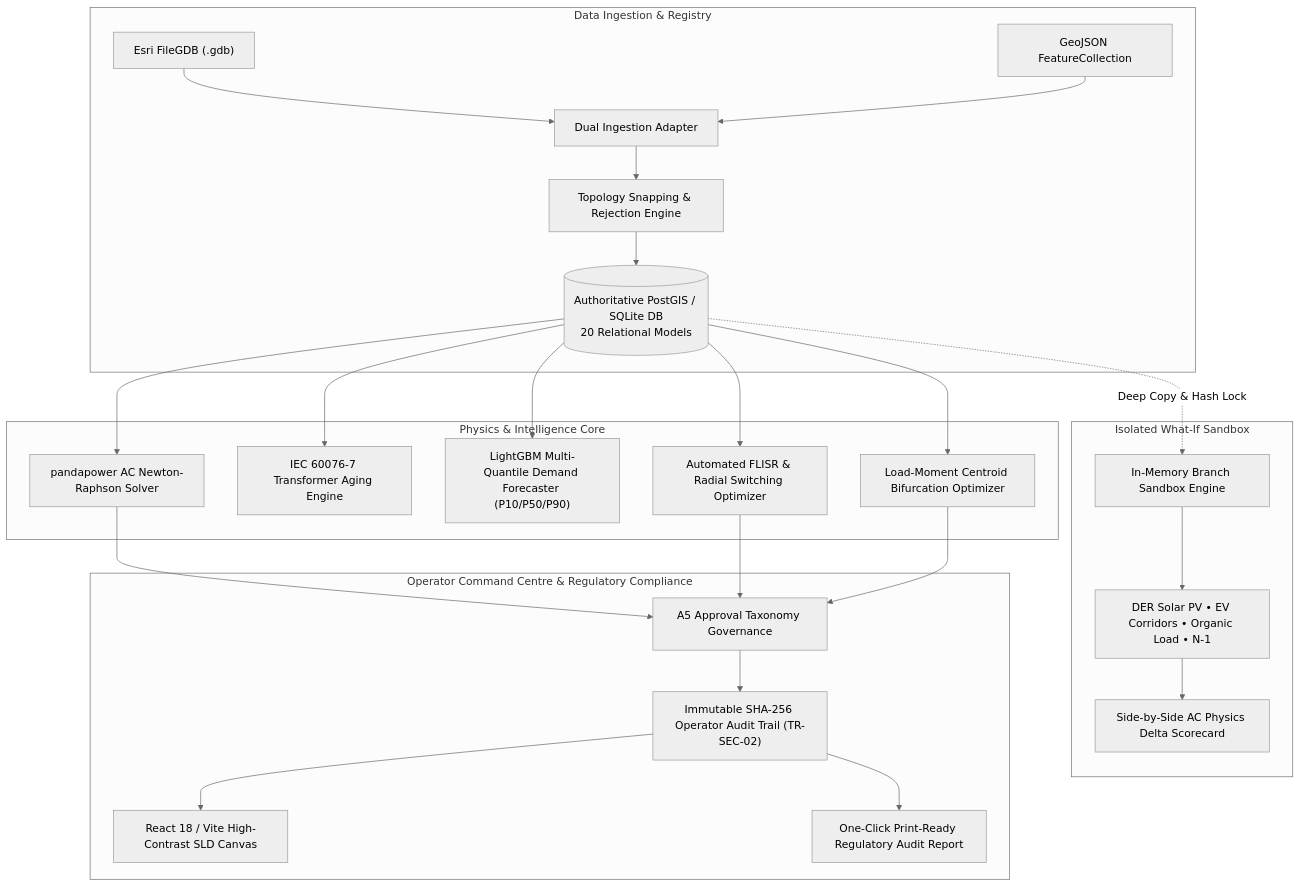
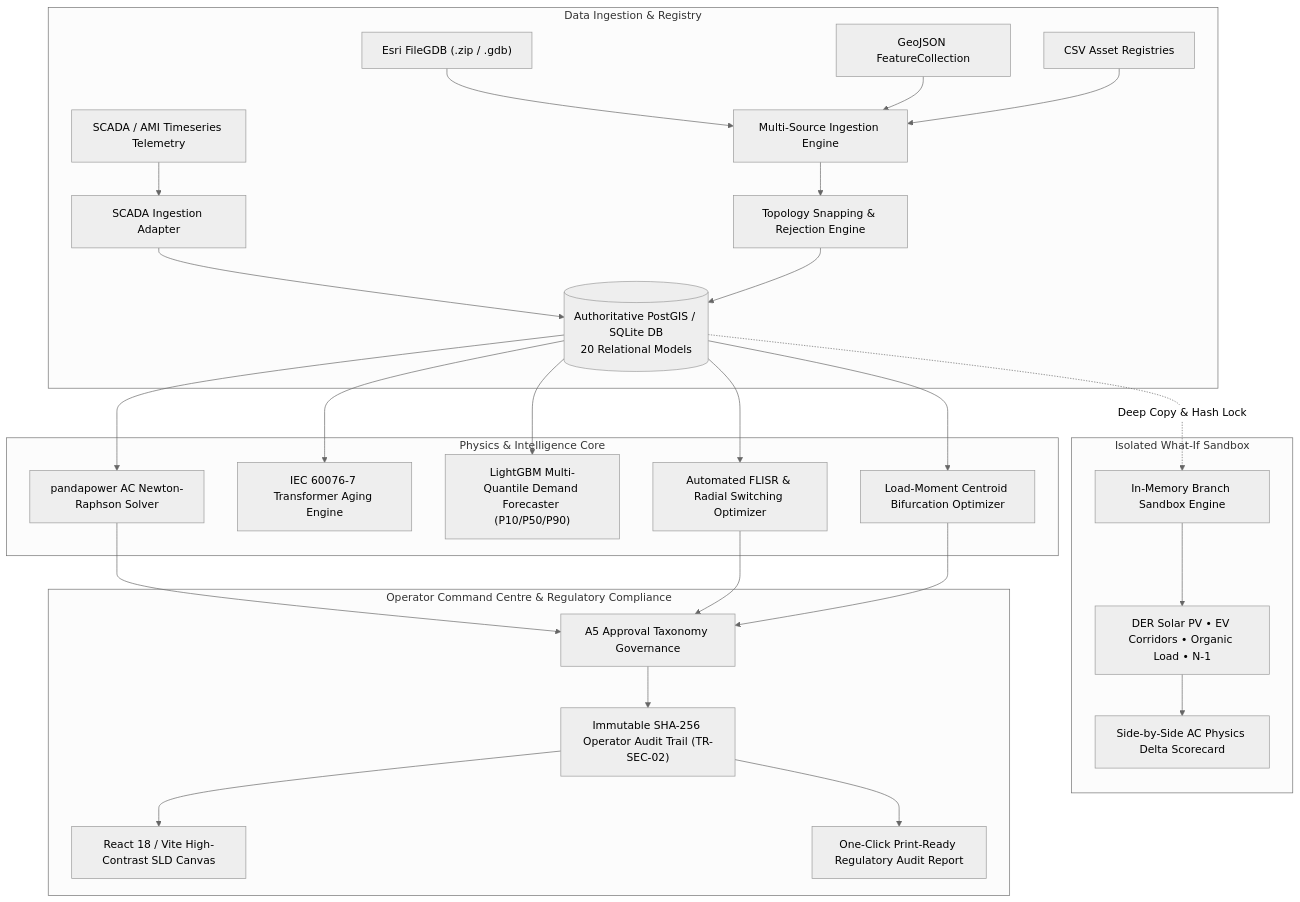
The diagram in README.md (adityapande403/GridSense-AI), drawn with Mermaid (neutral theme) before and after one commit. The commit also changed other lines of this file and 19 other files, not shown here.

Commit message:
feat(ingest): add dual-pipeline GIS and SCADA ingestion layer with zero-dependency demo seed

````diff
--- a/README.md
+++ b/README.md
@@ -29,32 +29,35 @@
 ```mermaid
 flowchart TD
     subgraph Data Ingestion & Registry
-        GDB["Esri FileGDB (.gdb)"] --> Ingest["Dual Ingestion Adapter"]
+        GDB["Esri FileGDB (.zip / .gdb)"] --> Ingest["Multi-Source Ingestion Engine"]
         GEO["GeoJSON FeatureCollection"] --> Ingest
+        CSV["CSV Asset Registries"] --> Ingest
+        SCADA["SCADA / AMI Timeseries Telemetry"] --> SCADAAdapter["SCADA Ingestion Adapter"]
         Ingest --> Snap["Topology Snapping & Rejection Engine"]
+        SCADAAdapter --> DB
         Snap --> DB[("Authoritative PostGIS / SQLite DB<br/>20 Relational Models")]
     end
 
     subgraph Physics & Intelligence Core
         DB --> Pandapower["pandapower AC Newton-Raphson Solver"]
         DB --> Thermal["IEC 60076-7 Transformer Aging Engine"]
         DB --> Forecast["LightGBM Multi-Quantile Demand Forecaster (P10/P50/P90)"]
         DB --> FLISR["Automated FLISR & Radial Switching Optimizer"]
         DB --> CAPEX["Load-Moment Centroid Bifurcation Optimizer"]
     end
 
     subgraph Isolated What-If Sandbox
         DB -.->|Deep Copy & Hash Lock| Sandbox["In-Memory Branch Sandbox Engine"]
         Sandbox --> Mutations["DER Solar PV • EV Corridors • Organic Load • N-1"]
         Mutations --> DeltaScore["Side-by-Side AC Physics Delta Scorecard"]
     end
 
     subgraph Operator Command Centre & Regulatory Compliance
         Pandapower --> A5["A5 Approval Taxonomy Governance"]
         FLISR --> A5
         CAPEX --> A5
         A5 --> Ledger["Immutable SHA-256 Operator Audit Trail (TR-SEC-02)"]
         Ledger --> UI["React 18 / Vite High-Contrast SLD Canvas"]
         Ledger --> Report["One-Click Print-Ready Regulatory Audit Report"]
     end
 ```
````
